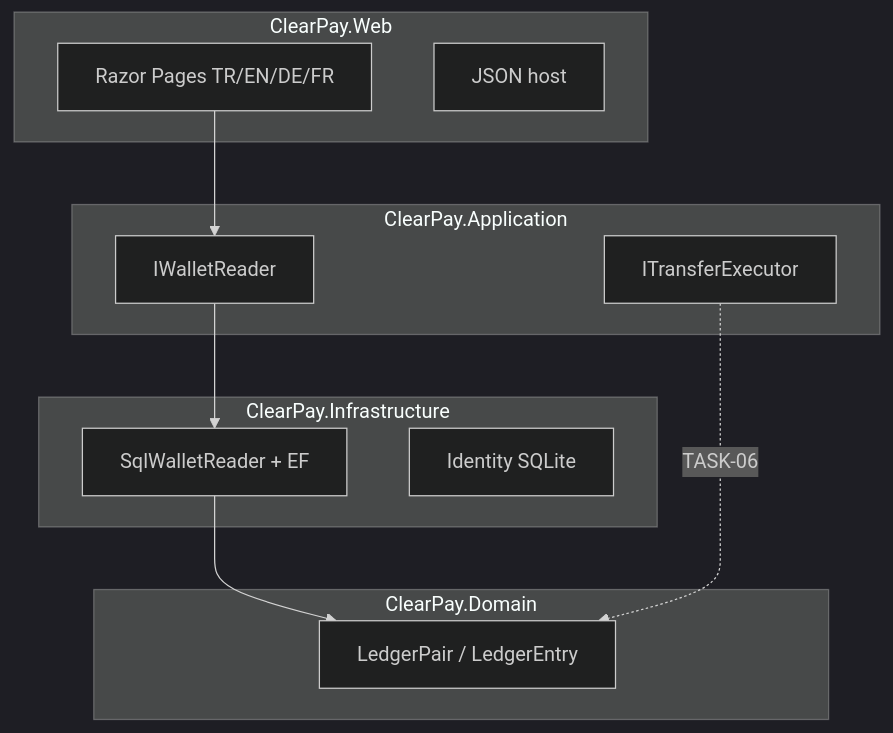
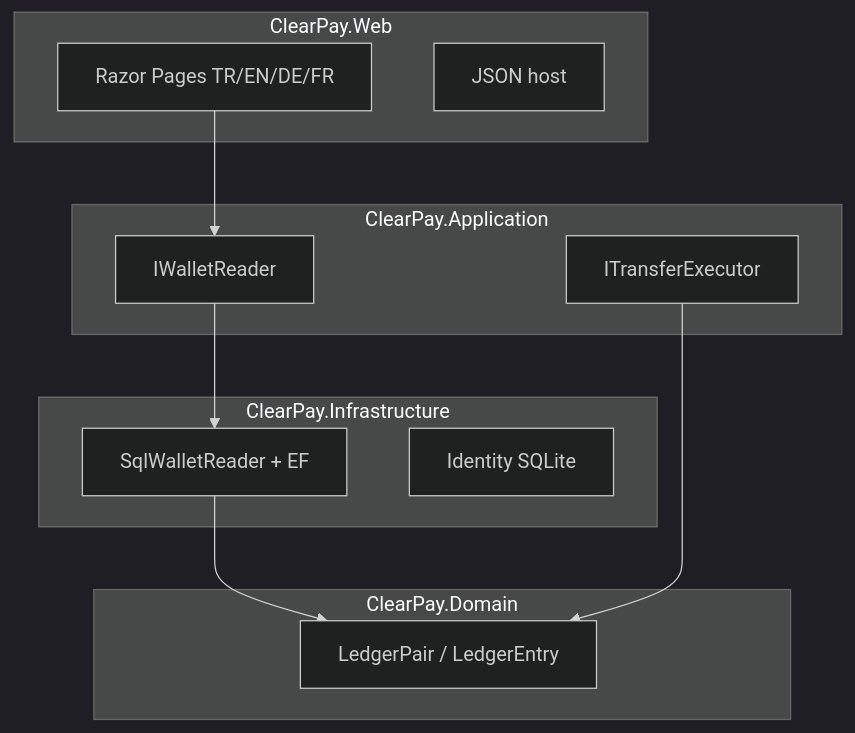
Before and after one commit to HalilMertDeveli/clearpay: the diagram in README.de.md, drawn with Mermaid (dark theme). The commit also changed other lines of this file and 118 other files, not shown here.

````diff
--- a/README.de.md
+++ b/README.de.md
@@ -34,22 +34,22 @@
 ```mermaid
 flowchart TB
   subgraph web [ClearPay.Web]
     razor[Razor Pages TR/EN/DE/FR]
     api[JSON host]
   end
   subgraph app [ClearPay.Application]
     reader[IWalletReader]
     exec[ITransferExecutor]
   end
   subgraph infra [ClearPay.Infrastructure]
     sql[SqlWalletReader + EF]
     id[Identity SQLite]
   end
   subgraph domain [ClearPay.Domain]
     pair[LedgerPair / LedgerEntry]
   end
   razor --> reader
   reader --> sql
   sql --> pair
-  exec -.->|TASK-06| pair
+  exec --> pair
 ```
````
